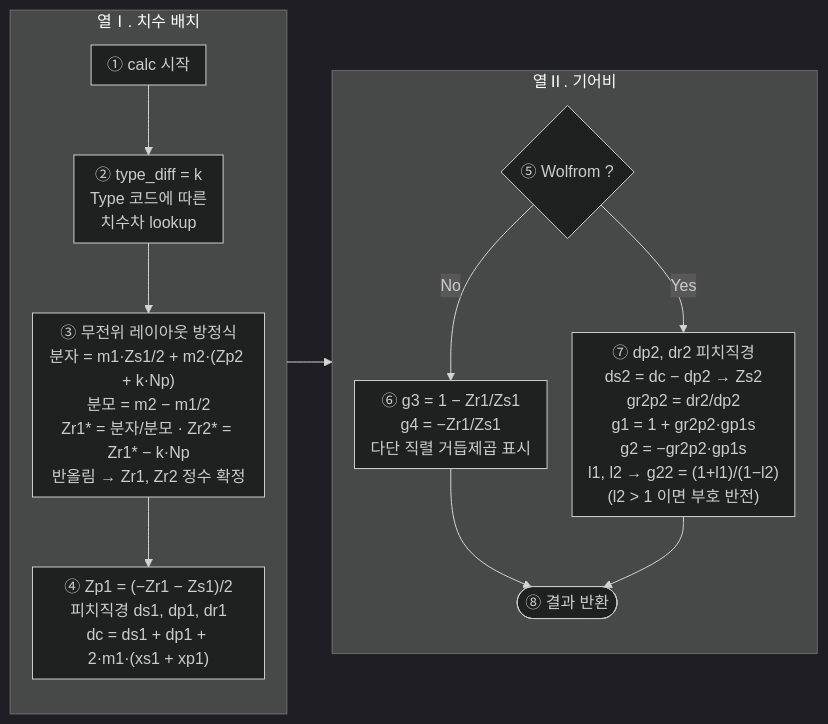
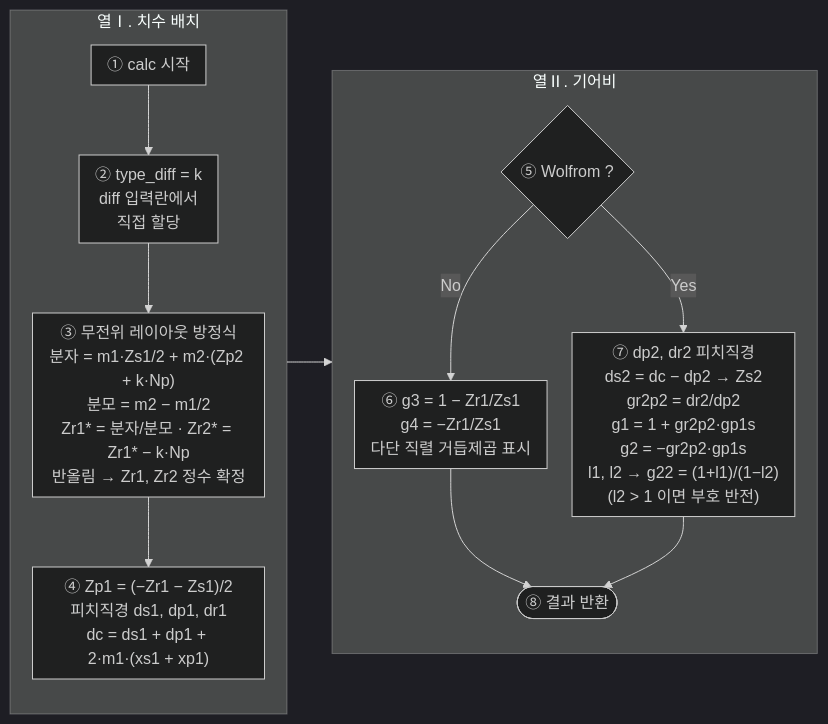
Before and after one commit to dymaxionkim/PGS: the second of 3 diagrams in MANUAL.md, drawn with Mermaid (dark theme). The commit also changed other lines of this file and 3 other files, not shown here.

Commit message:
Replace Wolfrom type codes with 3K-Wolfrom + free diff input

````diff
--- a/MANUAL.md
+++ b/MANUAL.md
@@ -589,20 +588,20 @@
 ```mermaid
 %%{init: {"flowchart": {"nodeSpacing": 25, "rankSpacing": 45, "padding": 8}}}%%
 flowchart LR
     subgraph COL1["열Ⅰ. 치수 배치"]
         direction TB
-        A["① calc 시작"] --> B["② type_diff = k<br/>Type 코드에 따른<br/>치수차 lookup"]
+        A["① calc 시작"] --> B["② type_diff = k<br/>diff 입력란에서<br/>직접 할당"]
         B --> C["③ 무전위 레이아웃 방정식<br/>분자 = m1·Zs1/2 + m2·(Zp2 + k·Np)<br/>분모 = m2 − m1/2<br/>Zr1* = 분자/분모 · Zr2* = Zr1* − k·Np<br/>반올림 → Zr1, Zr2 정수 확정"]
         C --> D["④ Zp1 = (−Zr1 − Zs1)/2<br/>피치직경 ds1, dp1, dr1<br/>dc = ds1 + dp1 + 2·m1·(xs1 + xp1)"]
     end
 
     subgraph COL2["열Ⅱ. 기어비"]
         direction TB
         E{"⑤ Wolfrom ?"} -->|"No"| F["⑥ g3 = 1 − Zr1/Zs1<br/>g4 = −Zr1/Zs1<br/>다단 직렬 거듭제곱 표시"]
         E -->|"Yes"| G["⑦ dp2, dr2 피치직경<br/>ds2 = dc − dp2 → Zs2<br/>gr2p2 = dr2/dp2<br/>g1 = 1 + gr2p2·gp1s<br/>g2 = −gr2p2·gp1s<br/>l1, l2 → g22 = (1+l1)/(1−l2)<br/>(l2 &gt; 1 이면 부호 반전)"]
         F --> H(["⑧ 결과 반환"])
         G --> H
     end
 
     COL1 --> COL2
 ```
````
